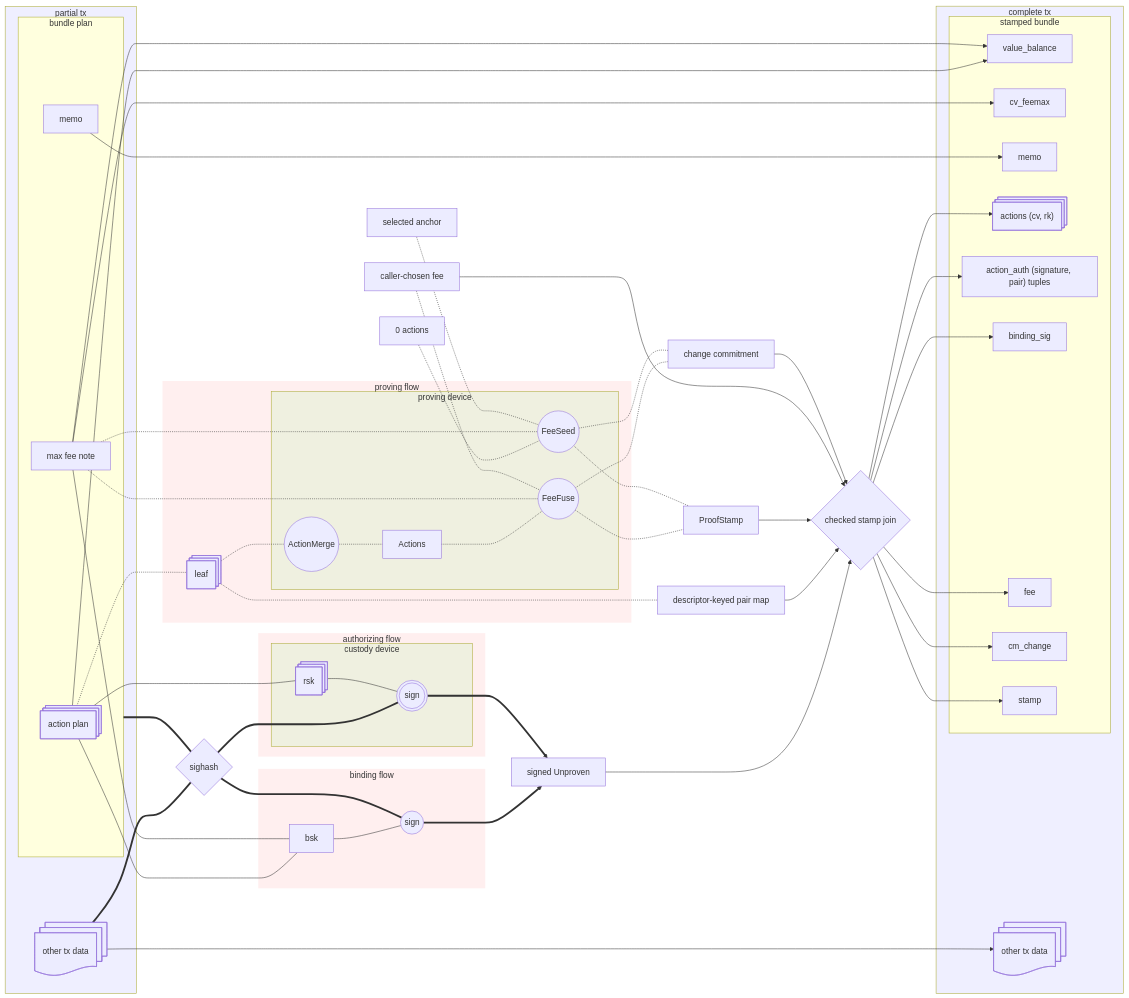
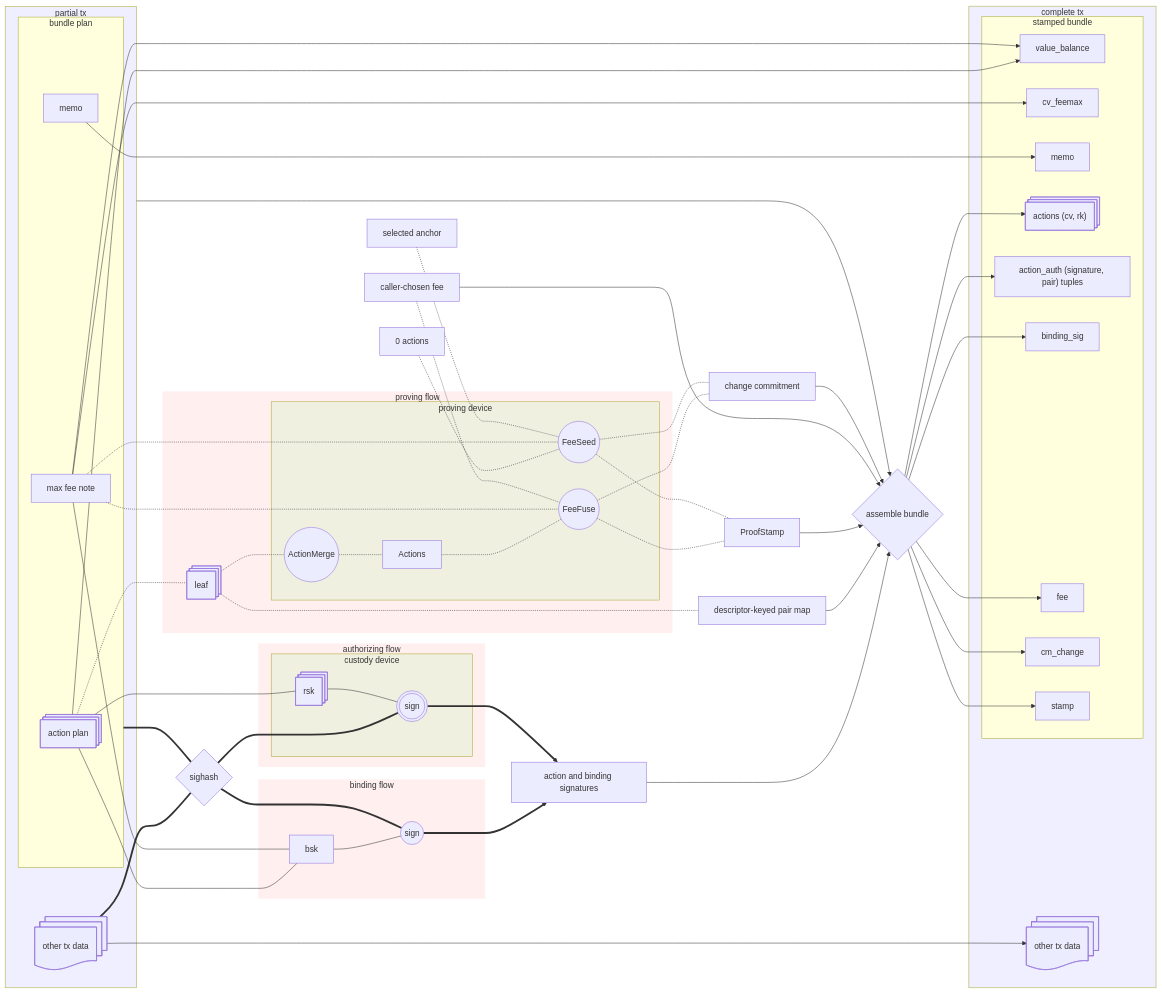
The second of 3 diagrams in book/src/authorization.md (tachyon-zcash/tachyon), drawn with Mermaid before and after one commit. The commit also changed other lines of this file and 9 other files, not shown here.

Commit message:
refactor: assemble bundles from plans, signatures and proofs

```diff
--- a/book/src/authorization.md
+++ b/book/src/authorization.md
@@ -249,7 +249,7 @@
         bsk 
         sign_binding_sig(("sign"))
     end
-    action_plan & max_fee_note --- bsk --- sign_binding_sig ==> unproven
+    action_plan & max_fee_note --- bsk --- sign_binding_sig ==> signatures
     sighash === sign_binding_sig
 
     sighash ~~~ authorization
@@ -260,9 +260,10 @@
         end
     end
     sighash === sign_action
-    action_plan --- rsk --- sign_action ==> unproven
+    action_plan --- rsk --- sign_action ==> signatures
 
-    unproven["signed Unproven"] --> join{"checked stamp join"}
+    signatures["action and binding signatures"] --> join{"assemble bundle"}
+    pczt --> join
     pairs --> join
     proved_stamp & chosen_fee & proved_change --> join
     join --> action & action_auth & binding_sig & stamp & fee & cm_change
```
